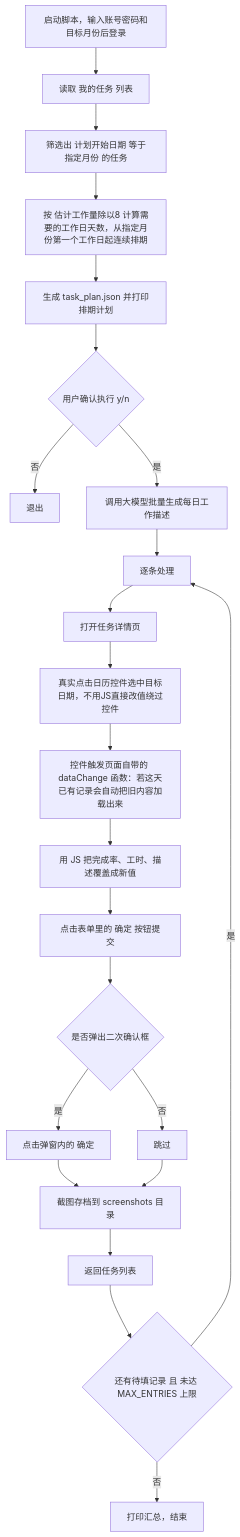
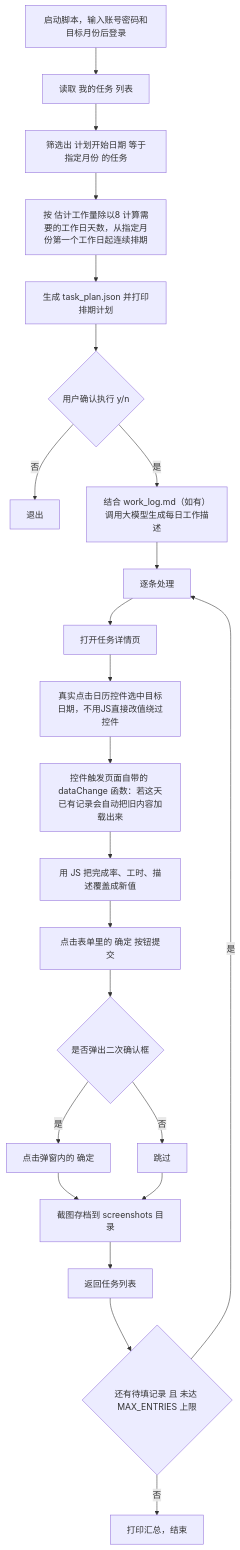
One commit to ChendongPang/rdm-report-bot changed the diagram in README.md. Above: the diagram before and after it, drawn with Mermaid. The commit also changed other lines of this file and 9 other files, not shown here.

````diff
--- a/README.md
+++ b/README.md
@@ -101,25 +200,25 @@
 ```mermaid
 flowchart TD
     A[启动脚本，输入账号密码和目标月份后登录] --> B[读取 我的任务 列表]
     B --> C[筛选出 计划开始日期 等于指定月份 的任务]
     C --> D[按 估计工作量除以8 计算需要的工作日天数，从指定月份第一个工作日起连续排期]
     D --> E[生成 task_plan.json 并打印排期计划]
     E --> F{用户确认执行 y/n}
     F -- 否 --> Z[退出]
-    F -- 是 --> G[调用大模型批量生成每日工作描述]
+    F -- 是 --> G[结合 work_log.md（如有）调用大模型生成每日工作描述]
     G --> H[逐条处理]
     H --> I[打开任务详情页]
     I --> J[真实点击日历控件选中目标日期，不用JS直接改值绕过控件]
     J --> K[控件触发页面自带的 dataChange 函数：若这天已有记录会自动把旧内容加载出来]
     K --> L[用 JS 把完成率、工时、描述覆盖成新值]
     L --> M[点击表单里的 确定 按钮提交]
     M --> N{是否弹出二次确认框}
     N -- 是 --> O[点击弹窗内的 确定]
     N -- 否 --> P[跳过]
     O --> Q[截图存档到 screenshots 目录]
     P --> Q
     Q --> R[返回任务列表]
     R --> S{还有待填记录 且 未达 MAX_ENTRIES 上限}
     S -- 是 --> H
     S -- 否 --> T[打印汇总，结束]
 ```
````
